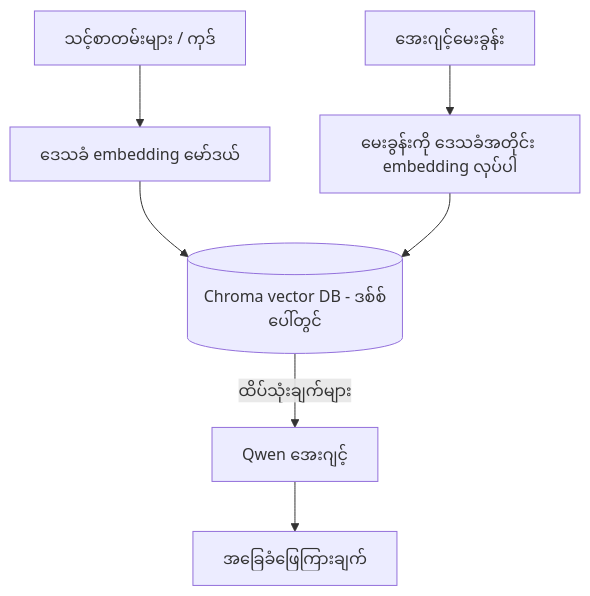
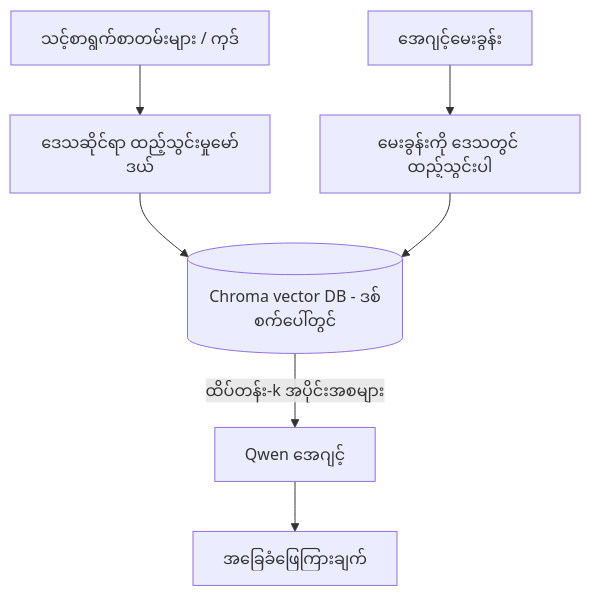
Before and after one commit to gabrielmoreira/agent-skills-mirror: the third of 4 diagrams in mirrors/repos/microsoft@ai-agents-for-beginners/translations/my/17-creating-local-ai-agents/README.md, drawn with Mermaid. The commit also changed other lines of this file and 4262 other files, not shown here.

````diff
--- a/mirrors/repos/microsoft@ai-agents-for-beginners/translations/my/17-creating-local-ai-agents/README.md
+++ b/mirrors/repos/microsoft@ai-agents-for-beginners/translations/my/17-creating-local-ai-agents/README.md
@@ -125,9 +125,9 @@
 ```mermaid
 flowchart TB
-    D[သင့်စာတမ်းများ / ကုဒ်] --> E[ဒေသခံ embedding မော်ဒယ်]
-    E --> V[(Chroma vector DB - ဒစ်စ်ပေါ်တွင်)]
-    Q[အေးဂျင့်မေးခွန်း] --> QE[မေးခွန်းကို ဒေသခံအတိုင်း embedding လုပ်ပါ]
+    D[သင့်စာရွက်စာတမ်းများ / ကုဒ်] --> E[ဒေသဆိုင်ရာ ထည့်သွင်းမှုမော်ဒယ်]
+    E --> V[(Chroma vector DB - ဒစ်စက်ပေါ်တွင်)]
+    Q[အေဂျင့်မေးခွန်း] --> QE[မေးခွန်းကို ဒေသတွင် ထည့်သွင်းပါ]
     QE --> V
-    V -->|ထိပ်သုံးချက်များ| A[Qwen အေးဂျင့်]
+    V -->|ထိပ်တန်း-k အပိုင်းအစများ| A[Qwen အေဂျင့်]
     A --> Ans[အခြေခံဖြေကြားချက်]
 ```
````
